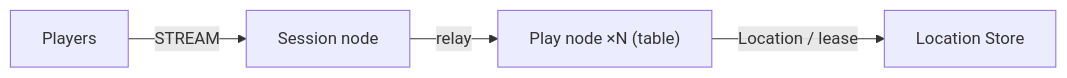
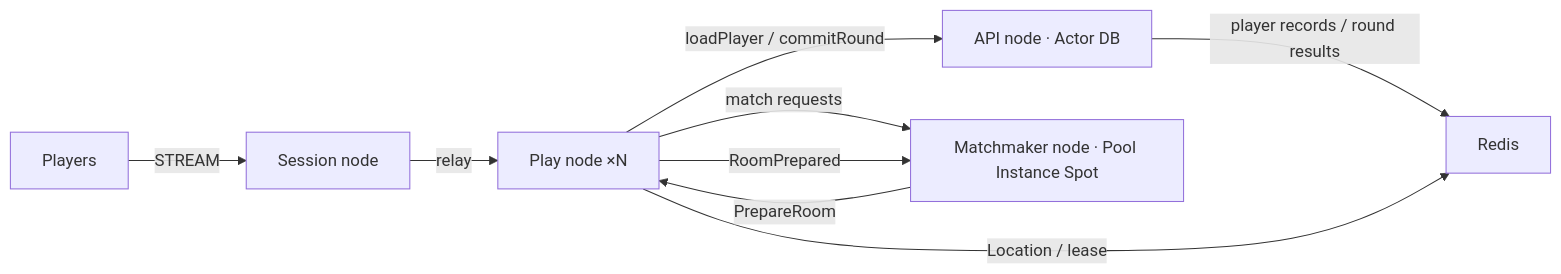
One commit to zlink-systems/zlink changed the diagram in framework/languages/java/templates/java/board-tables/my-game/README.md. Above: the diagram before and after it, drawn with Mermaid. The commit also changed other lines of this file and 760 other files, not shown here.

First line of the commit message:
feat(templates): Java·Kotlin 템플릿 24개를 run-server·run-e2e 분리·로그·ws·매치메이킹·API node 형태로, Framework 0.34.2 (#4624)

````diff
--- a/framework/languages/java/templates/java/board-tables/my-game/README.md
+++ b/framework/languages/java/templates/java/board-tables/my-game/README.md
@@ -5,6 +6,11 @@
 ```mermaid
 flowchart LR
-  players[Players] -->|STREAM| session["Session node"]
-  session -->|relay| tables["Play node ×N (table)"]
-  tables -->|Location / lease| location[Location Store]
+  players[Players] -->|STREAM| session[Session node]
+  session -->|relay| tables[Play node ×N]
+  tables -->|loadPlayer / commitRound| api[API node · Actor DB]
+  api -->|player records / round results| location
+  tables -->|match requests| matchmaker[Matchmaker node · Pool Instance Spot]
+  matchmaker -->|PrepareRoom| tables
+  tables -->|RoomPrepared| matchmaker
+  tables -->|Location / lease| location[Redis]
 ```
````
